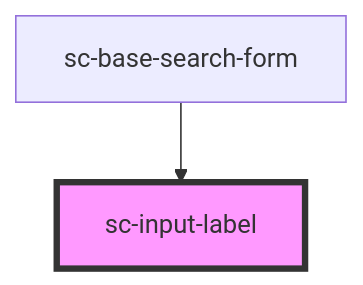
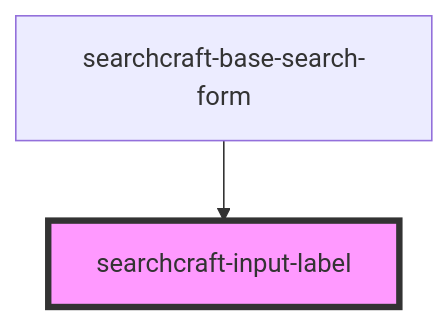
Before and after one commit to searchcraft-inc/searchcraft-javascript-sdks: the diagram in packages/javascript-sdk/src/components/searchcraft-input-label/readme.md, drawn with Mermaid. The commit also changed other lines of this file and 56 other files, not shown here.

````diff
--- a/packages/javascript-sdk/src/components/searchcraft-input-label/readme.md
+++ b/packages/javascript-sdk/src/components/searchcraft-input-label/readme.md
@@ -23,5 +23,5 @@
 ```mermaid
 graph TD;
-  sc-base-search-form --> sc-input-label
-  style sc-input-label fill:#f9f,stroke:#333,stroke-width:4px
+  searchcraft-base-search-form --> searchcraft-input-label
+  style searchcraft-input-label fill:#f9f,stroke:#333,stroke-width:4px
 ```
````
